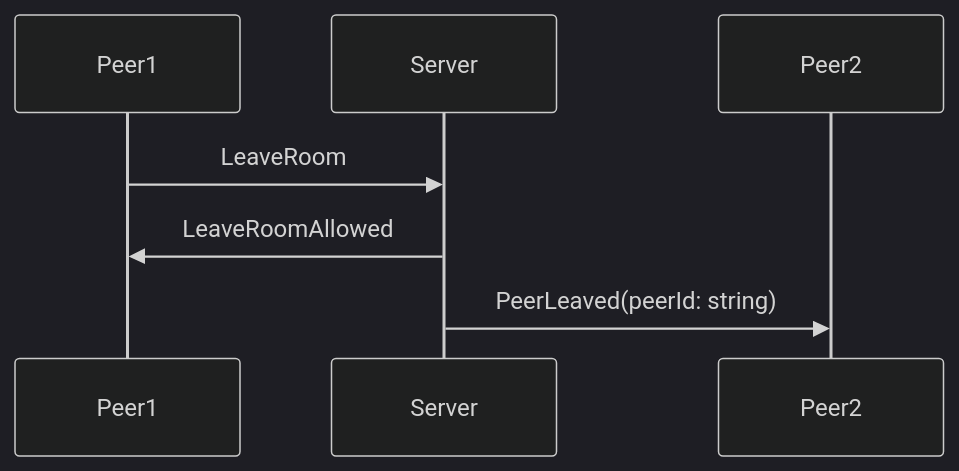
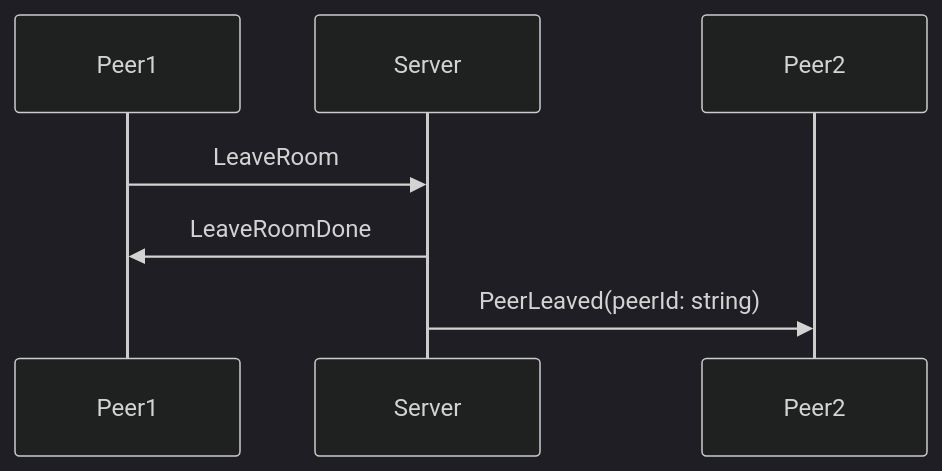
The third of 5 diagrams in README.md (kcg-edu-future-lab/madoi), drawn with Mermaid (dark theme) before and after one commit. The commit also changed 23 other files, not shown here.

````diff
--- a/README.md
+++ b/README.md
@@ -43,6 +43,6 @@
 ```mermaid
 sequenceDiagram
   Peer1->>Server: LeaveRoom
-  Server->>Peer1: LeaveRoomAllowed
+  Server->>Peer1: LeaveRoomDone
   Server->>Peer2: PeerLeaved(peerId: string)
 ```
````
